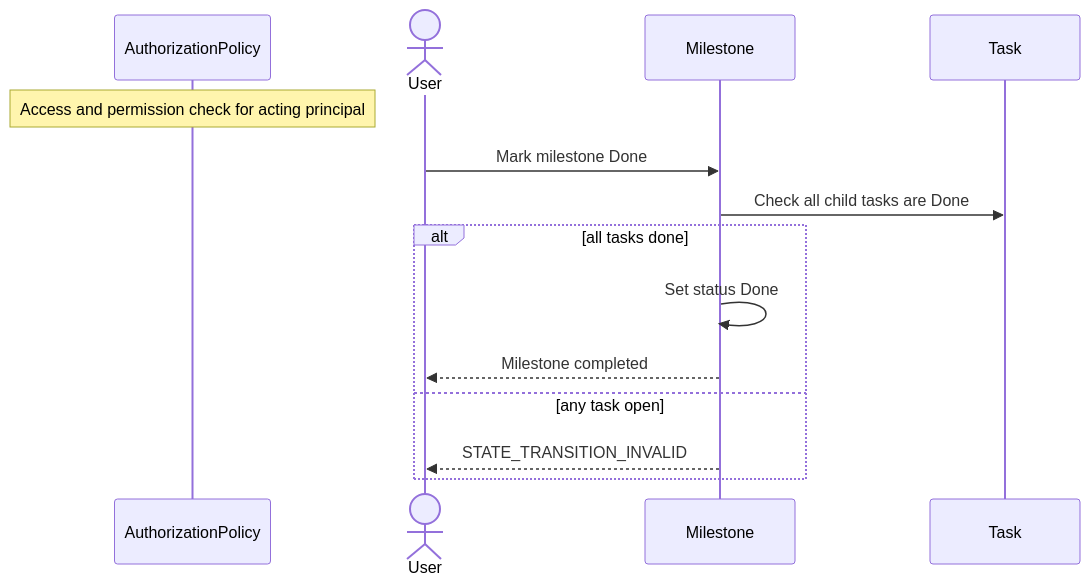
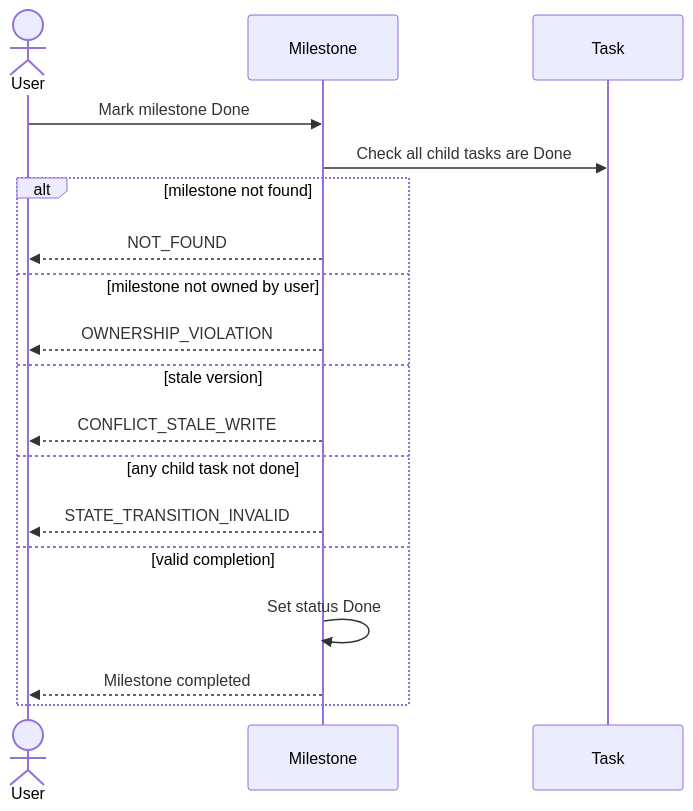
The ninth of 13 diagrams in architecture/sequence-diagrams/02-aspects-milestones.md (ChidiRnweke/margin), drawn with Mermaid before and after one commit. The commit also changed other lines of this file and 12 other files, not shown here.

Commit message:
Enhance sequence diagrams and introduce traceability matrix

````diff
--- a/architecture/sequence-diagrams/02-aspects-milestones.md
+++ b/architecture/sequence-diagrams/02-aspects-milestones.md
@@ -134,16 +184,20 @@
 ```mermaid
 sequenceDiagram
-    participant G as AuthorizationPolicy
-    Note over G: Access and permission check for acting principal
     actor U as User
     participant M as Milestone
     participant T as Task
     U->>M: Mark milestone Done
     M->>T: Check all child tasks are Done
-    alt all tasks done
-      M->>M: Set status Done
-      M-->>U: Milestone completed
-    else any task open
-      M-->>U: STATE_TRANSITION_INVALID
+    alt milestone not found
+        M-->>U: NOT_FOUND
+    else milestone not owned by user
+        M-->>U: OWNERSHIP_VIOLATION
+    else stale version
+        M-->>U: CONFLICT_STALE_WRITE
+    else any child task not done
+        M-->>U: STATE_TRANSITION_INVALID
+    else valid completion
+        M->>M: Set status Done
+        M-->>U: Milestone completed
     end
 ```
````
